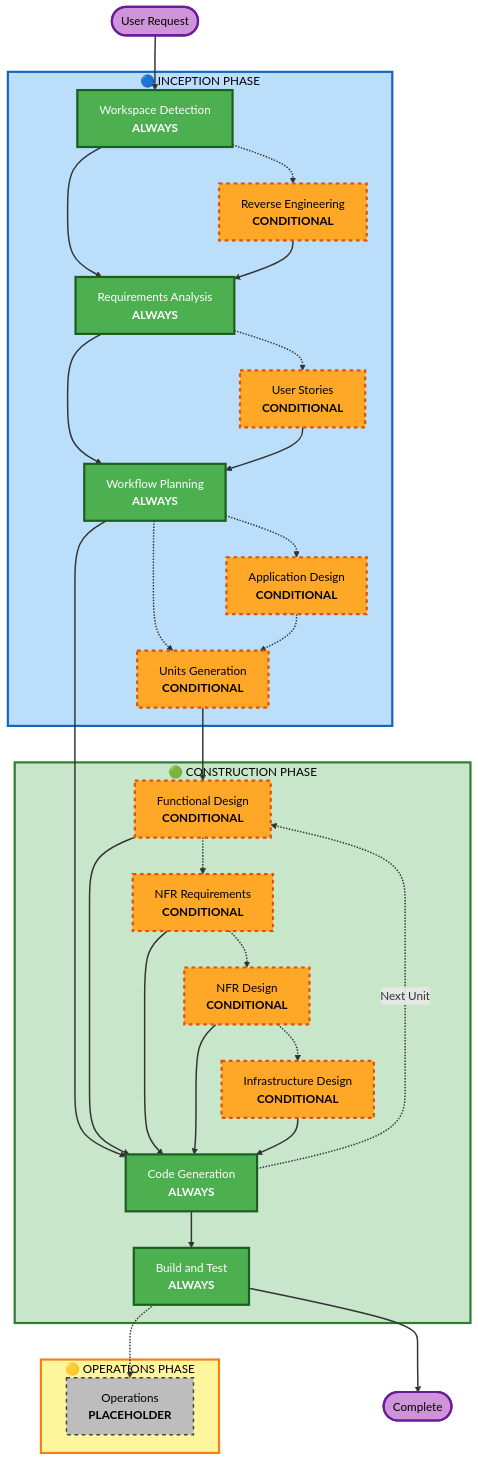
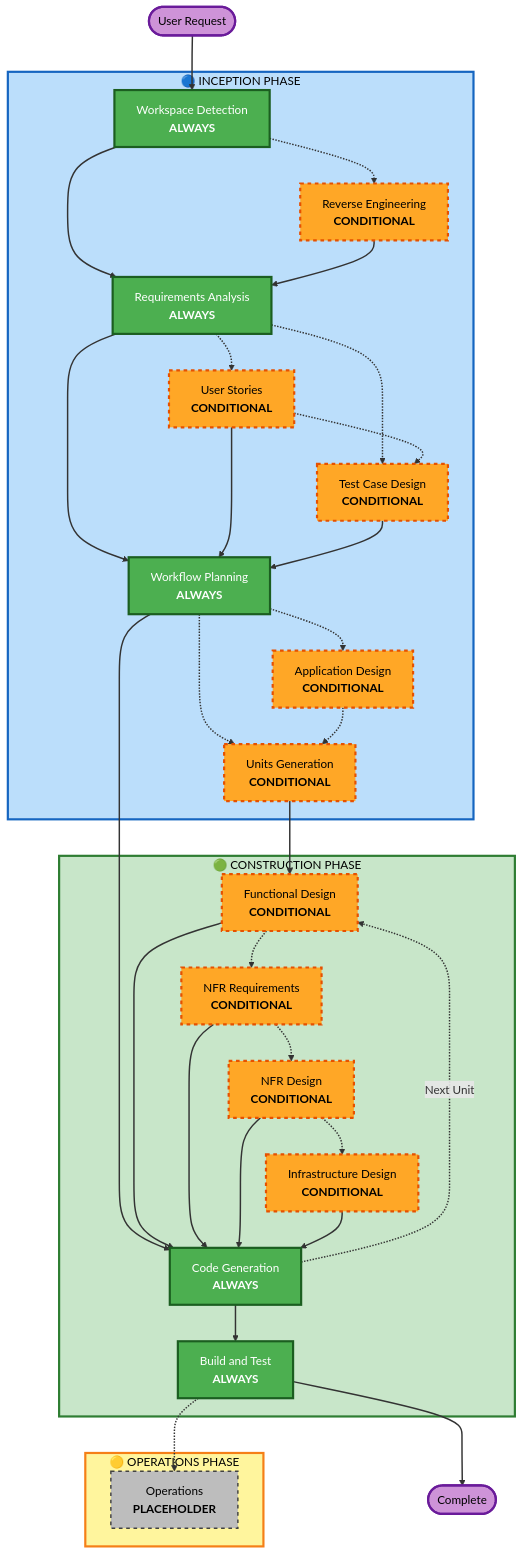
The diagram in .aidlc-rule-details/common/process-overview.md (lelongbao2790/magichouse), drawn with Mermaid before and after one commit. The commit also changed other lines of this file and 4 other files, not shown here.

Commit message:
add test case design step

```diff
--- a/.aidlc-rule-details/common/process-overview.md
+++ b/.aidlc-rule-details/common/process-overview.md
@@ -39,6 +39,7 @@
         RE["Reverse Engineering<br/><b>CONDITIONAL</b>"]
         RA["Requirements Analysis<br/><b>ALWAYS</b>"]
         Stories["User Stories<br/><b>CONDITIONAL</b>"]
+        TCD["Test Case Design<br/><b>CONDITIONAL</b>"]
         WP["Workflow Planning<br/><b>ALWAYS</b>"]
         AppDesign["Application Design<br/><b>CONDITIONAL</b>"]
         UnitsG["Units Generation<br/><b>CONDITIONAL</b>"]
@@ -63,8 +64,11 @@
     RE --> RA
     
     RA -.-> Stories
+    RA -.-> TCD
     RA --> WP
+    Stories -.-> TCD
     Stories --> WP
+    TCD --> WP
     
     WP -.-> AppDesign
     WP -.-> UnitsG
@@ -93,6 +97,7 @@
     style OPS fill:#BDBDBD,stroke:#424242,stroke-width:2px,stroke-dasharray: 5 5,color:#000
     style RE fill:#FFA726,stroke:#E65100,stroke-width:3px,stroke-dasharray: 5 5,color:#000
     style Stories fill:#FFA726,stroke:#E65100,stroke-width:3px,stroke-dasharray: 5 5,color:#000
+    style TCD fill:#FFA726,stroke:#E65100,stroke-width:3px,stroke-dasharray: 5 5,color:#000
     style AppDesign fill:#FFA726,stroke:#E65100,stroke-width:3px,stroke-dasharray: 5 5,color:#000
 
     style UnitsG fill:#FFA726,stroke:#E65100,stroke-width:3px,stroke-dasharray: 5 5,color:#000
```
